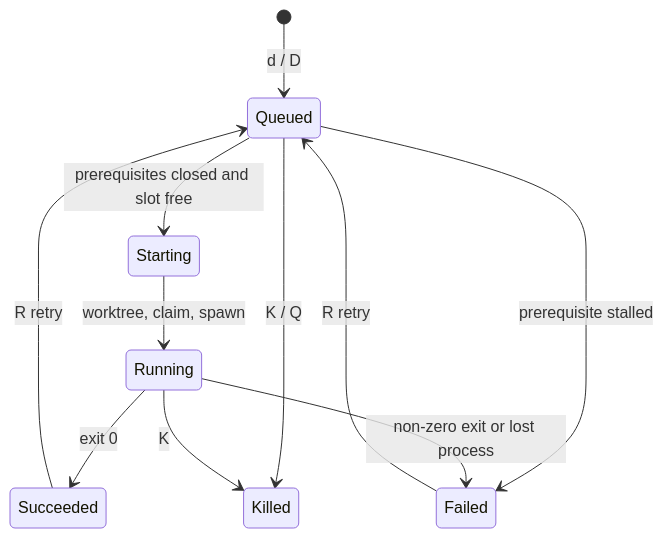
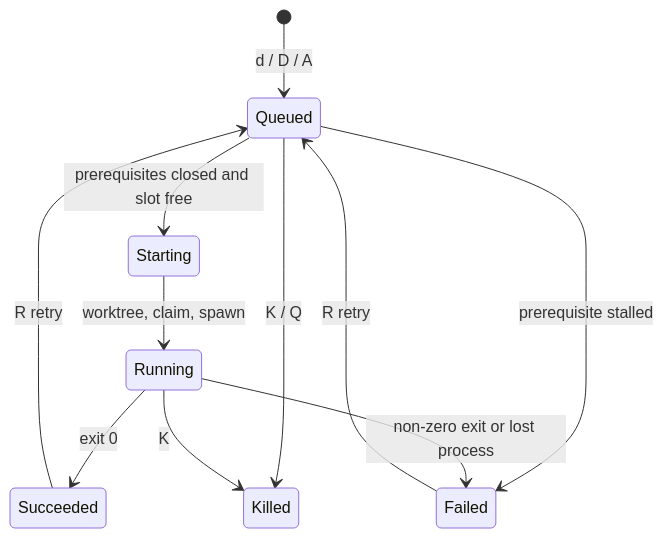
The diagram in README.md (mlg87/abacus), drawn with Mermaid before and after one commit. The commit also changed other lines of this file and 4 other files, not shown here.

````diff
--- a/README.md
+++ b/README.md
@@ -87,13 +89,13 @@
 ```mermaid
 stateDiagram-v2
-    [*] --> Queued: d / D
+    [*] --> Queued: d / D / A
     Queued --> Starting: prerequisites closed and slot free
     Queued --> Failed: prerequisite stalled
     Queued --> Killed: K / Q
     Starting --> Running: worktree, claim, spawn
     Running --> Succeeded: exit 0
     Running --> Failed: non-zero exit or lost process
     Running --> Killed: K
     Succeeded --> Queued: R retry
     Failed --> Queued: R retry
 ```
````
